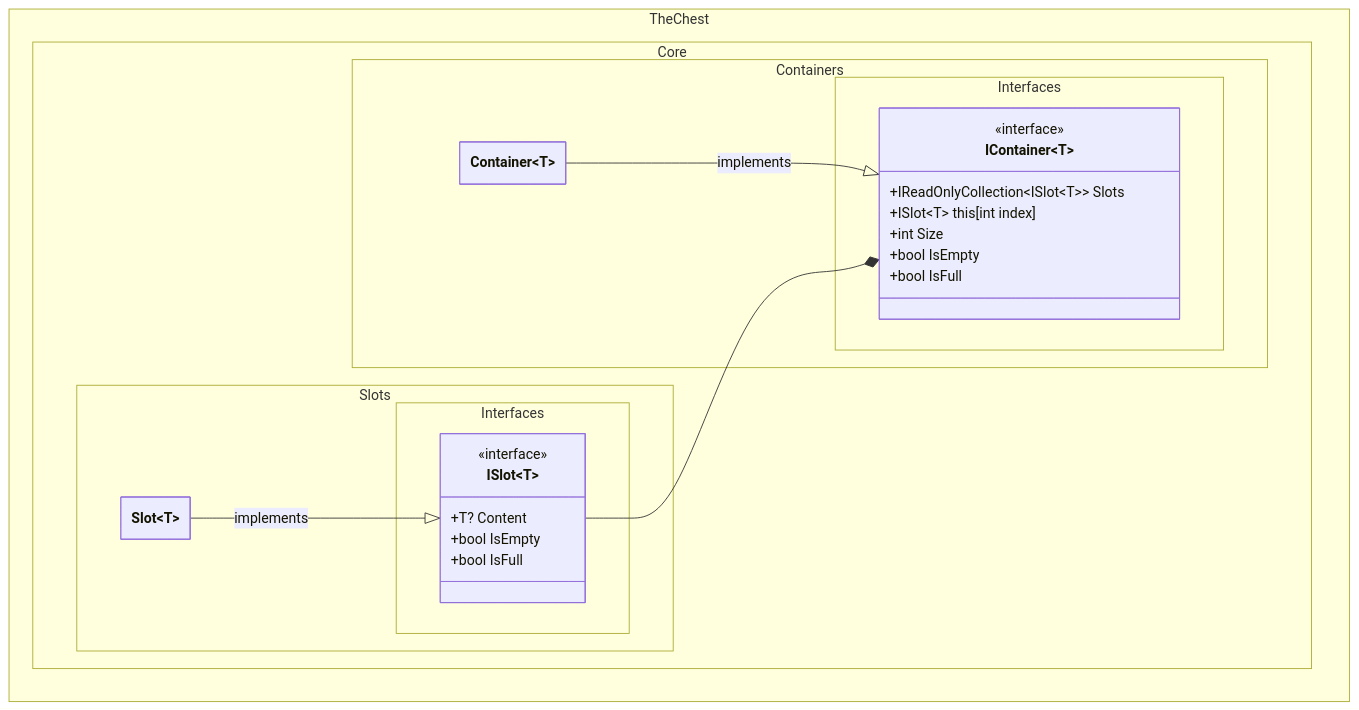
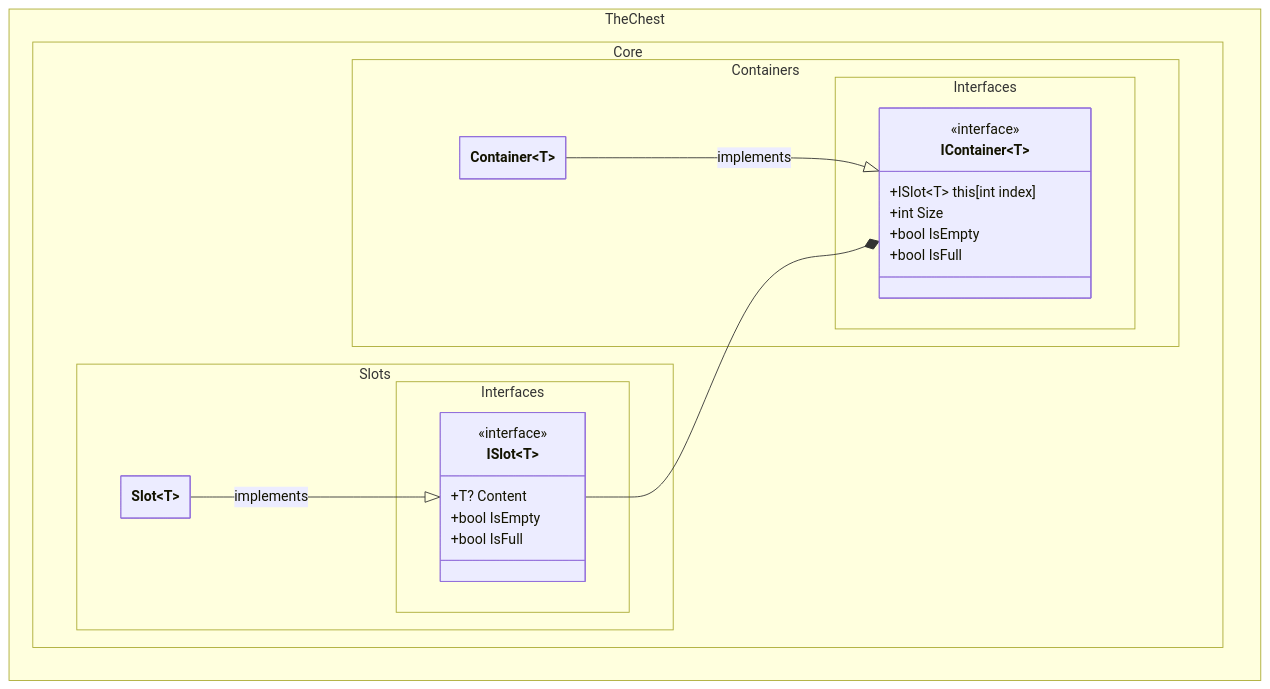
Before and after one commit to The-Chest/TheChest.Core: the first of 2 diagrams in docs/class_diagram.md, drawn with Mermaid. The commit also changed other lines of this file, not shown here.

Commit message:
Removes Slots from class_diagram docs

````diff
--- a/docs/class_diagram.md
+++ b/docs/class_diagram.md
@@ -9,42 +9,41 @@
 ```mermaid
 ---
 config:
   theme: mc
   look: classic
   class:
     hideEmptyMembersBox: true
 ---
 classDiagram
 direction BT
 	namespace TheChest.Core.Containers.Interfaces {
         class IContainer~T~ {
-	        +IReadOnlyCollection~ISlot~T~~ Slots
 	        +ISlot~T~ this[int index]
 	        +int Size
 	        +bool IsEmpty
 	        +bool IsFull
         }
 	}
 	namespace TheChest.Core.Slots.Interfaces {
         class ISlot~T~ {
 	        +T? Content
 	        +bool IsEmpty
 	        +bool IsFull
         }
 	}
 	namespace TheChest.Core.Containers {
         class Container~T~ {
         }
 	}
 	namespace TheChest.Core.Slots {
         class Slot~T~ {
         }
 	}
 
 	<<interface>> IContainer
 	<<interface>> ISlot
 
     Container --|> IContainer : implements
     ISlot --* IContainer
     Slot --|> ISlot : implements
 ```
````
